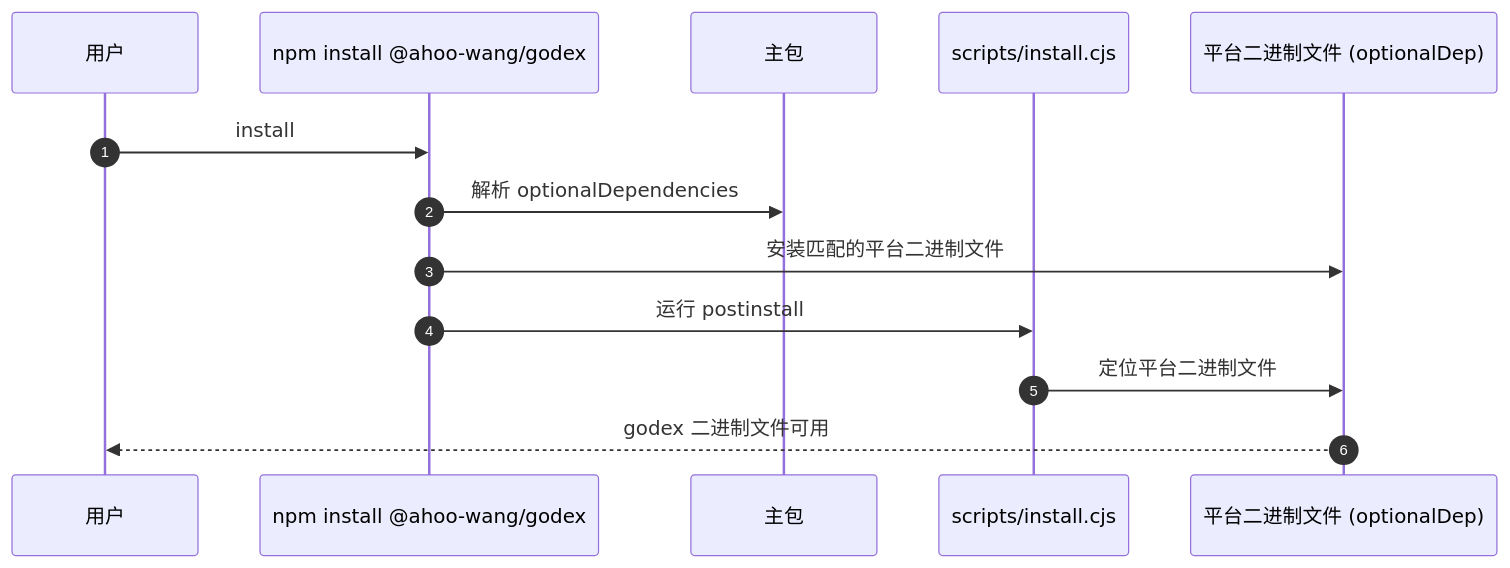
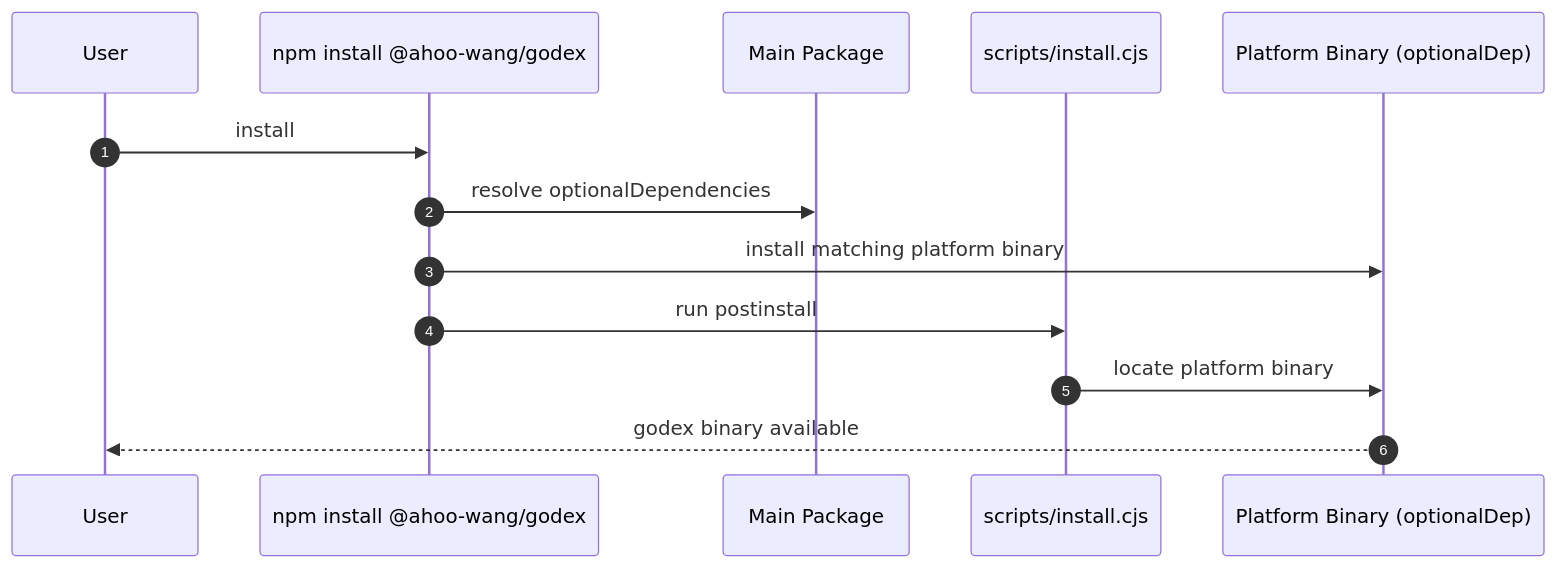
The third of 3 diagrams in wiki/zh/09-deployment/deployment.md (Ahoo-Wang/GodeX), drawn with Mermaid before and after one commit. The commit also changed other lines of this file and 36 other files, not shown here.

````diff
--- a/wiki/zh/09-deployment/deployment.md
+++ b/wiki/zh/09-deployment/deployment.md
@@ -135,16 +139,16 @@
 ```mermaid
 sequenceDiagram
     autonumber
-    participant User as 用户
+    participant User
     participant npm as npm install @ahoo-wang/godex
-    participant Main as 主包
+    participant Main as Main Package
     participant PostInstall as scripts/install.cjs
-    participant Platform as 平台二进制文件 (optionalDep)
+    participant Platform as Platform Binary (optionalDep)
 
     User->>npm: install
-    npm->>Main: 解析 optionalDependencies
-    npm->>Platform: 安装匹配的平台二进制文件
-    npm->>PostInstall: 运行 postinstall
-    PostInstall->>Platform: 定位平台二进制文件
-    Platform-->>User: godex 二进制文件可用
+    npm->>Main: resolve optionalDependencies
+    npm->>Platform: install matching platform binary
+    npm->>PostInstall: run postinstall
+    PostInstall->>Platform: locate platform binary
+    Platform-->>User: godex binary available
 ```
````
